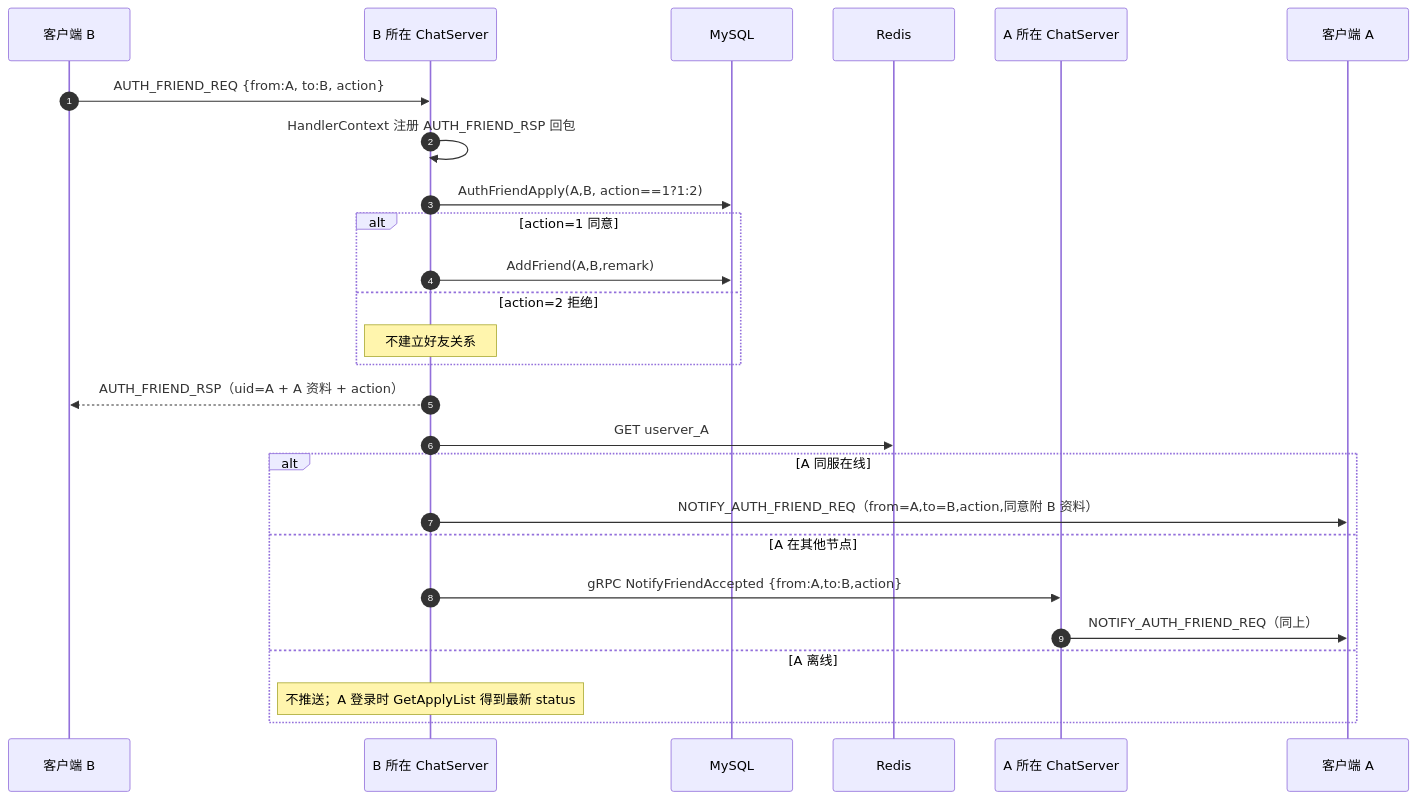
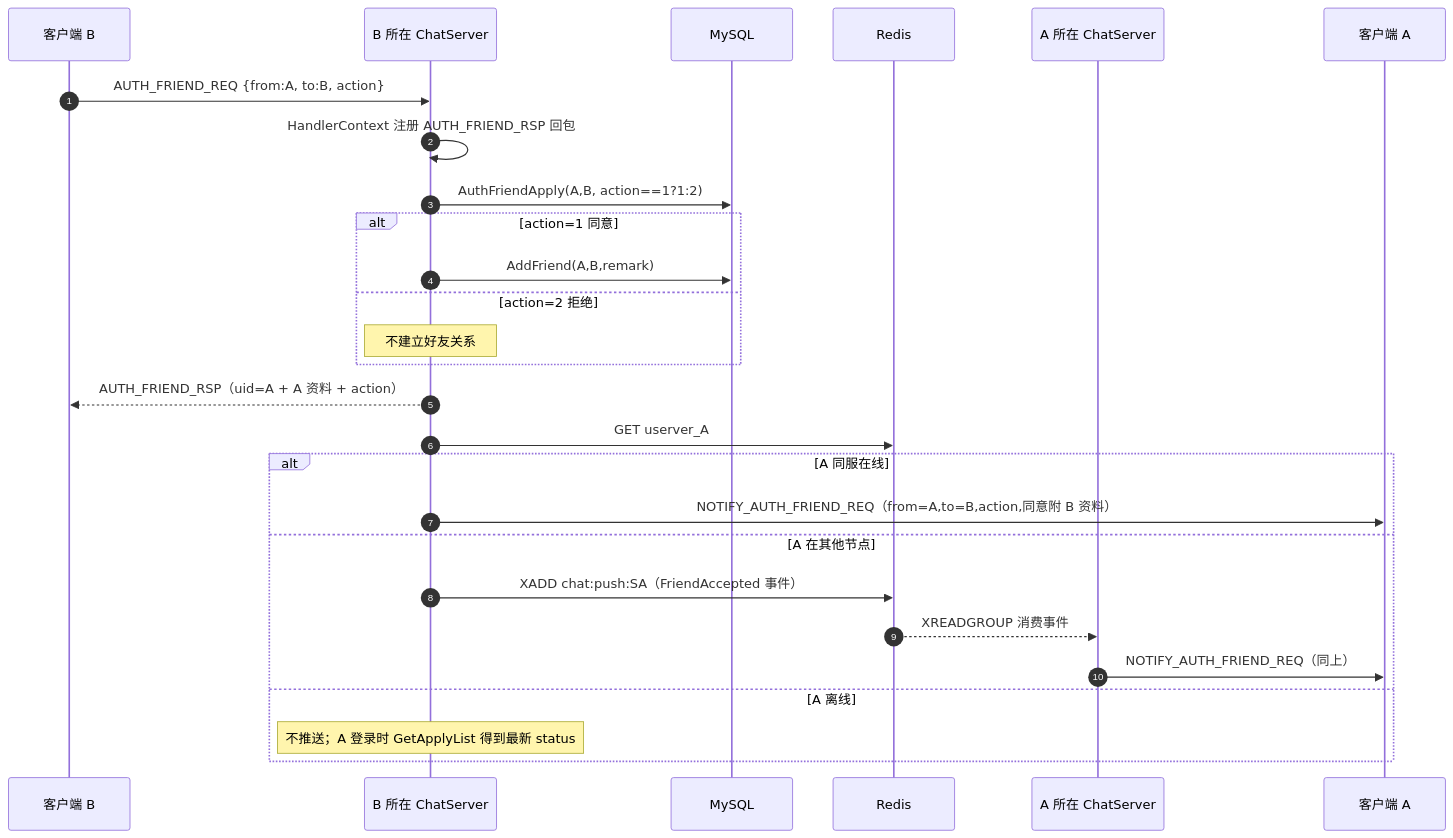
The fourth of 6 diagrams in Servers/ChatServer/README.md (codeT2001/MyChat), drawn with Mermaid before and after one commit. The commit also changed other lines of this file and 41 other files, not shown here.

````diff
--- a/Servers/ChatServer/README.md
+++ b/Servers/ChatServer/README.md
@@ -136,29 +145,30 @@
 ```mermaid
 sequenceDiagram
     autonumber
     participant B as 客户端 B
     participant SB as B 所在 ChatServer
     participant DB as MySQL
     participant RD as Redis
     participant SA as A 所在 ChatServer
     participant A as 客户端 A
 
     B->>SB: AUTH_FRIEND_REQ {from:A, to:B, action}
     SB->>SB: HandlerContext 注册 AUTH_FRIEND_RSP 回包
     SB->>DB: AuthFriendApply(A,B, action==1?1:2)
     alt action=1 同意
         SB->>DB: AddFriend(A,B,remark)
     else action=2 拒绝
         Note over SB: 不建立好友关系
     end
     SB-->>B: AUTH_FRIEND_RSP（uid=A + A 资料 + action）
     SB->>RD: GET userver_A
     alt A 同服在线
         SB->>A: NOTIFY_AUTH_FRIEND_REQ（from=A,to=B,action,同意附 B 资料）
     else A 在其他节点
-        SB->>SA: gRPC NotifyFriendAccepted {from:A,to:B,action}
+        SB->>RD: XADD chat:push:SA（FriendAccepted 事件）
+        RD-->>SA: XREADGROUP 消费事件
         SA->>A: NOTIFY_AUTH_FRIEND_REQ（同上）
     else A 离线
         Note over SB: 不推送；A 登录时 GetApplyList 得到最新 status
     end
 ```
````
